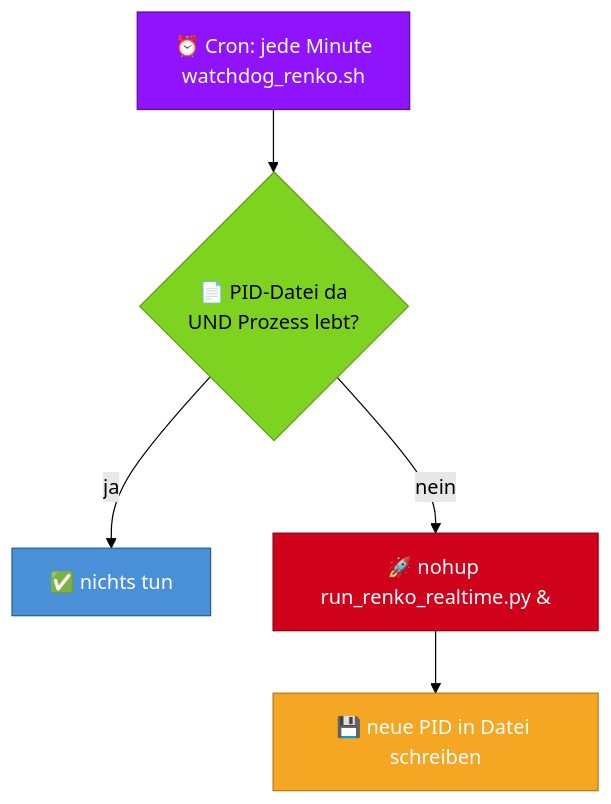
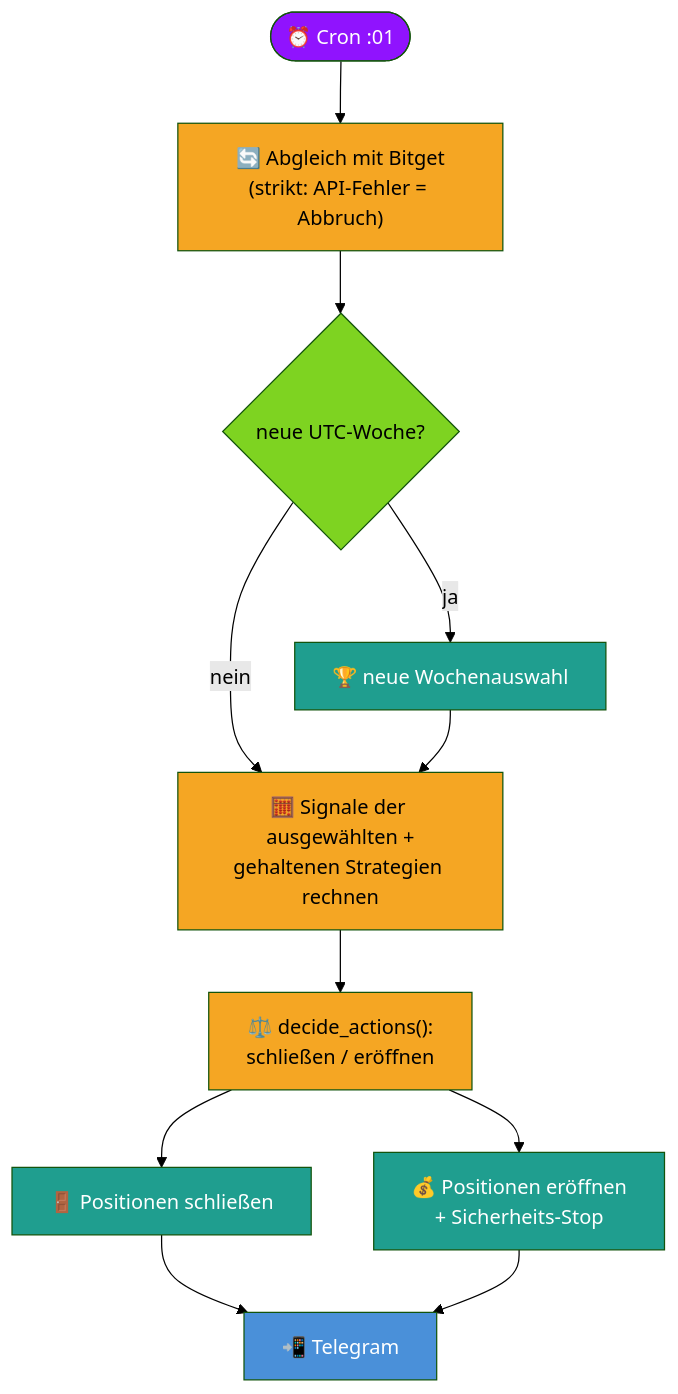
One commit to Youra82/oraclebot changed the third of 3 diagrams in README.md. Above: the diagram before and after it, drawn with Mermaid (forest theme). The commit also changed other lines of this file and 46 other files, not shown here.

````diff
--- a/README.md
+++ b/README.md
@@ -435,13 +152,20 @@
 ```mermaid
 flowchart TD
-    A["⏰ Cron: jede Minute<br/>watchdog_renko.sh"]:::cron --> B{"📄 PID-Datei da<br/>UND Prozess lebt?"}:::decision
-    B -- ja --> C["✅ nichts tun"]:::ok
-    B -- nein --> D["🚀 nohup run_renko_realtime.py &"]:::action
-    D --> E["💾 neue PID in Datei schreiben"]:::proc
+    S(["⏰ Cron :01"]):::cron --> R["🔄 Abgleich mit Bitget<br/>(strikt: API-Fehler = Abbruch)"]:::proc
+    R --> W{"neue UTC-Woche?"}:::dec
+    W -- ja --> SEL["🏆 neue Wochenauswahl"]:::act
+    W -- nein --> SIG
+    SEL --> SIG["🧮 Signale der ausgewählten +<br/>gehaltenen Strategien rechnen"]:::proc
+    SIG --> DEC["⚖️ decide_actions():<br/>schließen / eröffnen"]:::proc
+    DEC --> C["🚪 Positionen schließen"]:::act
+    DEC --> O["💰 Positionen eröffnen<br/>+ Sicherheits-Stop"]:::act
+    C --> TG["📲 Telegram"]:::io
+    O --> TG
 
-    classDef cron fill:#9013FE,stroke:#5E0BAA,color:#fff
-    classDef decision fill:#7ED321,stroke:#5AA017,color:#000
-    classDef ok fill:#4A90D9,stroke:#2C5F8A,color:#fff
-    classDef action fill:#D0021B,stroke:#8E0113,color:#fff
-    classDef proc fill:#F5A623,stroke:#B8791A,color:#fff
+    classDef cron fill:#9013FE,color:#fff
+    classDef dec fill:#7ED321,color:#000
+    classDef proc fill:#F5A623,color:#000
+    classDef act fill:#1f9e8f,color:#fff
+    classDef no fill:#e5534f,color:#fff
+    classDef io fill:#4A90D9,color:#fff
 ```
````
